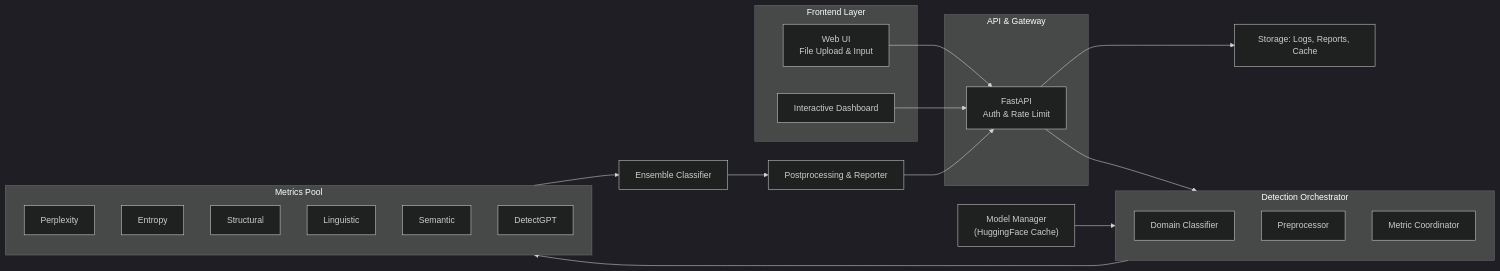
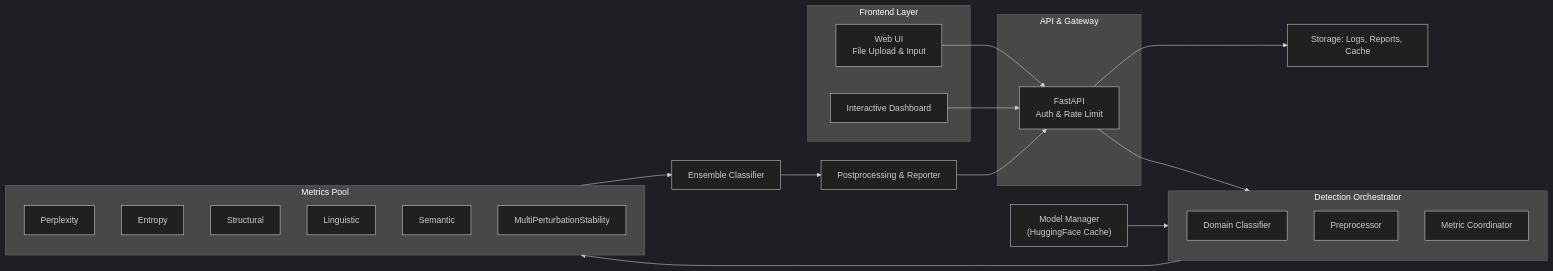
The first of 3 diagrams in README.md (itobuztech/text_auth_ai), drawn with Mermaid before and after one commit. The commit also changed other lines of this file and 16 other files, not shown here.

````diff
--- a/README.md
+++ b/README.md
@@ -78,42 +77,42 @@
 ```mermaid
 %%{init: {'theme': 'dark'}}%%
 flowchart LR
     subgraph FE [Frontend Layer]
         A[Web UI<br/>File Upload & Input]
         B[Interactive Dashboard]
     end
 
     subgraph API [API & Gateway]
         C[FastAPI<br/>Auth & Rate Limit]
     end
 
     subgraph ORCH [Detection Orchestrator]
         D[Domain Classifier]
         E[Preprocessor]
         F[Metric Coordinator]
     end
 
     subgraph METRICS [Metrics Pool]
         P1[Perplexity]
         P2[Entropy]
         P3[Structural]
         P4[Linguistic]
         P5[Semantic]
-        P6[DetectGPT]
+        P6[MultiPerturbationStability]
     end
 
     G[Ensemble Classifier]
     H[Postprocessing & Reporter]
     I["Model Manager<br/>(HuggingFace Cache)"]
     J[Storage: Logs, Reports, Cache]
 
     A --> C
     B --> C
     C --> ORCH
     ORCH --> METRICS
     METRICS --> G
     G --> H
     H --> C
     I --> ORCH
     C --> J
 ```
````
